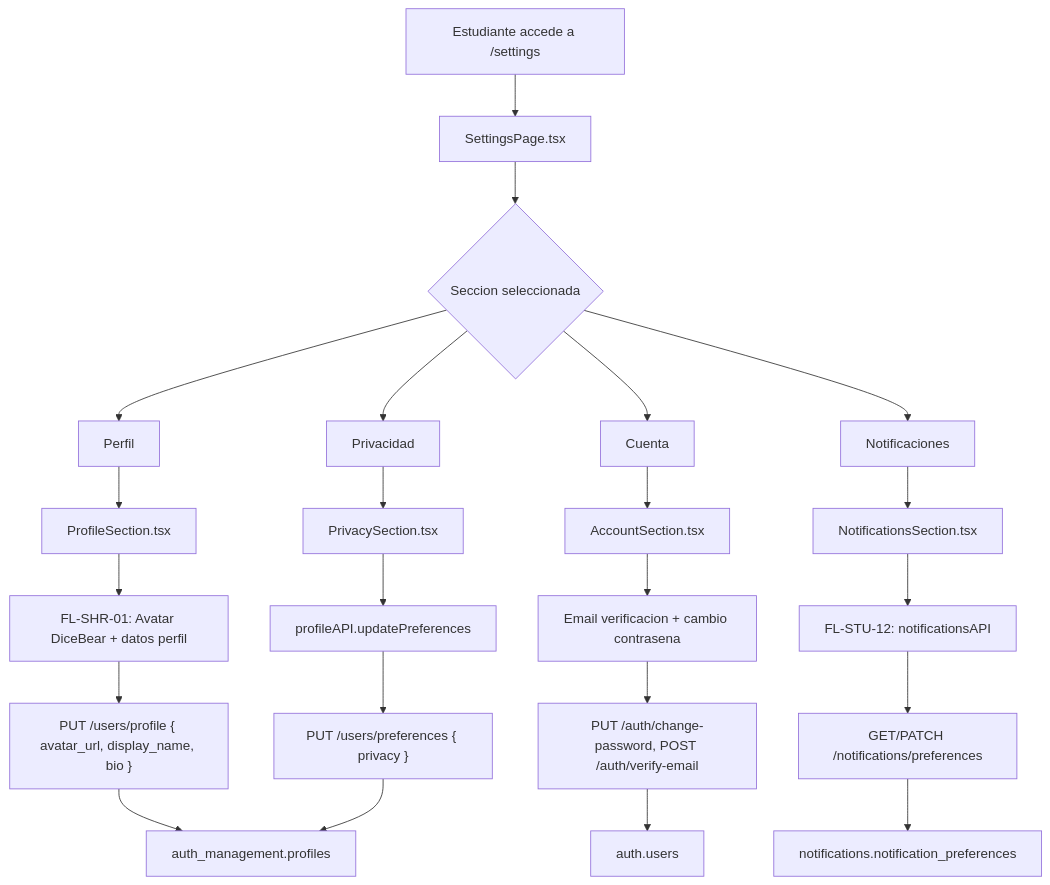
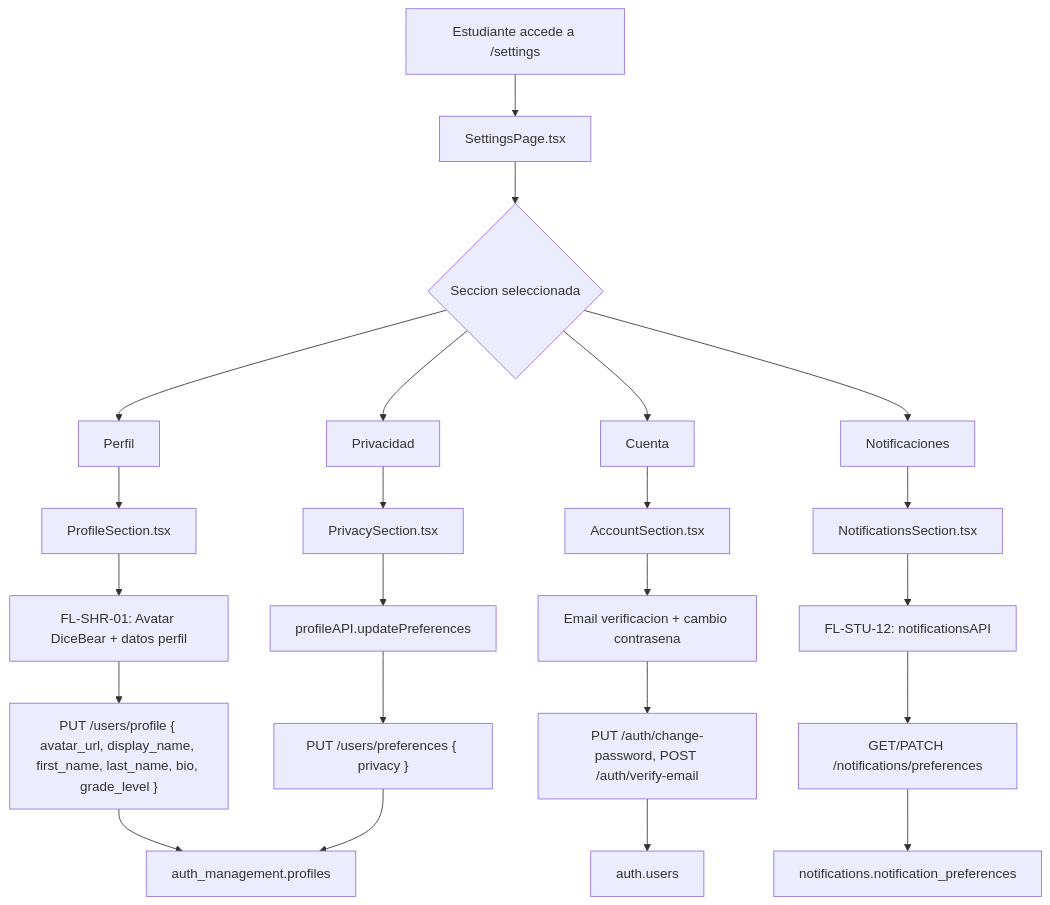
Before and after one commit to rckrdmrd/gamilit-workspace: the diagram in docs/30-ux-ui/flujos/student/FLUJO-PERFIL-AJUSTES-ESTUDIANTE.md, drawn with Mermaid. The commit also changed other lines of this file and 230 other files, not shown here.

````diff
--- a/docs/30-ux-ui/flujos/student/FLUJO-PERFIL-AJUSTES-ESTUDIANTE.md
+++ b/docs/30-ux-ui/flujos/student/FLUJO-PERFIL-AJUSTES-ESTUDIANTE.md
@@ -47,31 +49,31 @@
 ```mermaid
 flowchart TD
     A[Estudiante accede a /settings] --> B[SettingsPage.tsx]
     B --> C{Seccion seleccionada}
 
     C --> D[Perfil]
     C --> E[Cuenta]
     C --> F[Notificaciones]
     C --> G[Privacidad]
 
     D --> D1["ProfileSection.tsx"]
     D1 --> D2["FL-SHR-01: Avatar DiceBear + datos perfil"]
-    D2 --> D3["PUT /users/profile { avatar_url, display_name, bio }"]
+    D2 --> D3["PUT /users/profile { avatar_url, display_name, first_name, last_name, bio, grade_level }"]
 
     E --> E1["AccountSection.tsx"]
     E1 --> E2["Email verificacion + cambio contrasena"]
     E2 --> E3["PUT /auth/change-password, POST /auth/verify-email"]
 
     F --> F1["NotificationsSection.tsx"]
     F1 --> F2["FL-STU-12: notificationsAPI"]
     F2 --> F3["GET/PATCH /notifications/preferences"]
 
     G --> G1["PrivacySection.tsx"]
     G1 --> G2["profileAPI.updatePreferences"]
     G2 --> G3["PUT /users/preferences { privacy }"]
 
     D3 --> M[auth_management.profiles]
     E3 --> N[auth.users]
     F3 --> O[notifications.notification_preferences]
     G3 --> M
 ```
````
